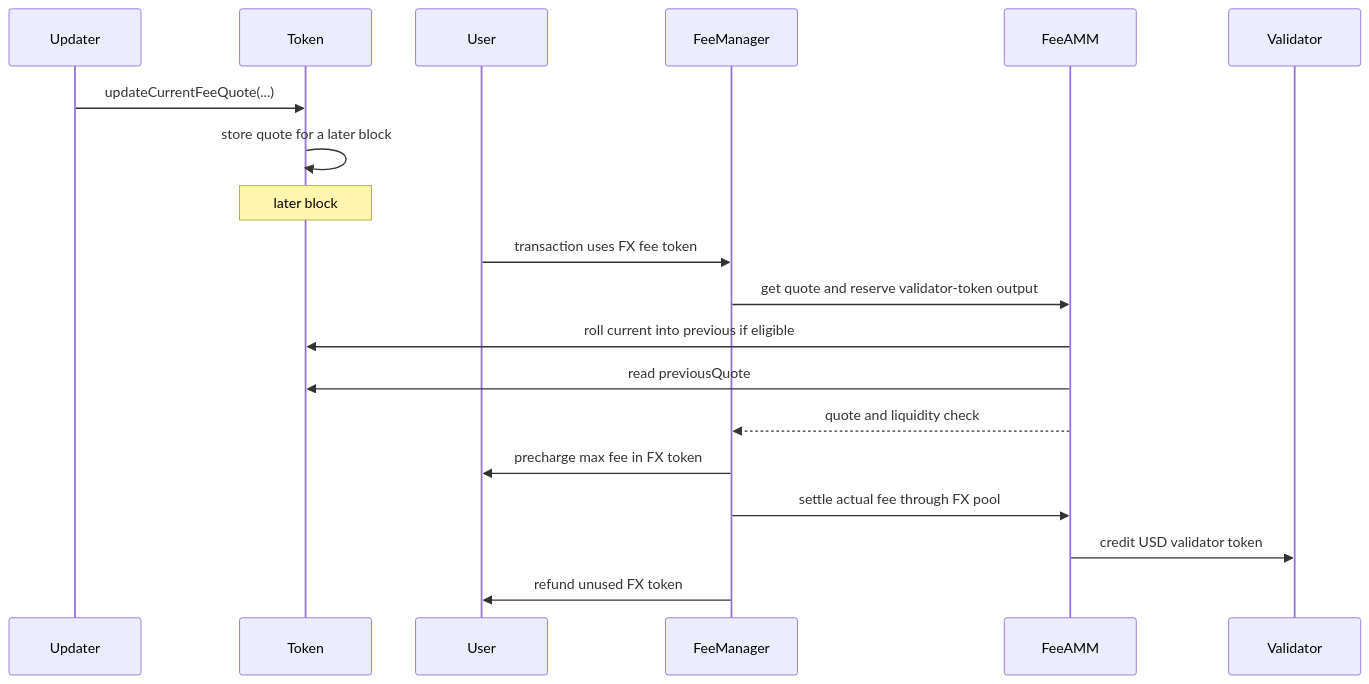
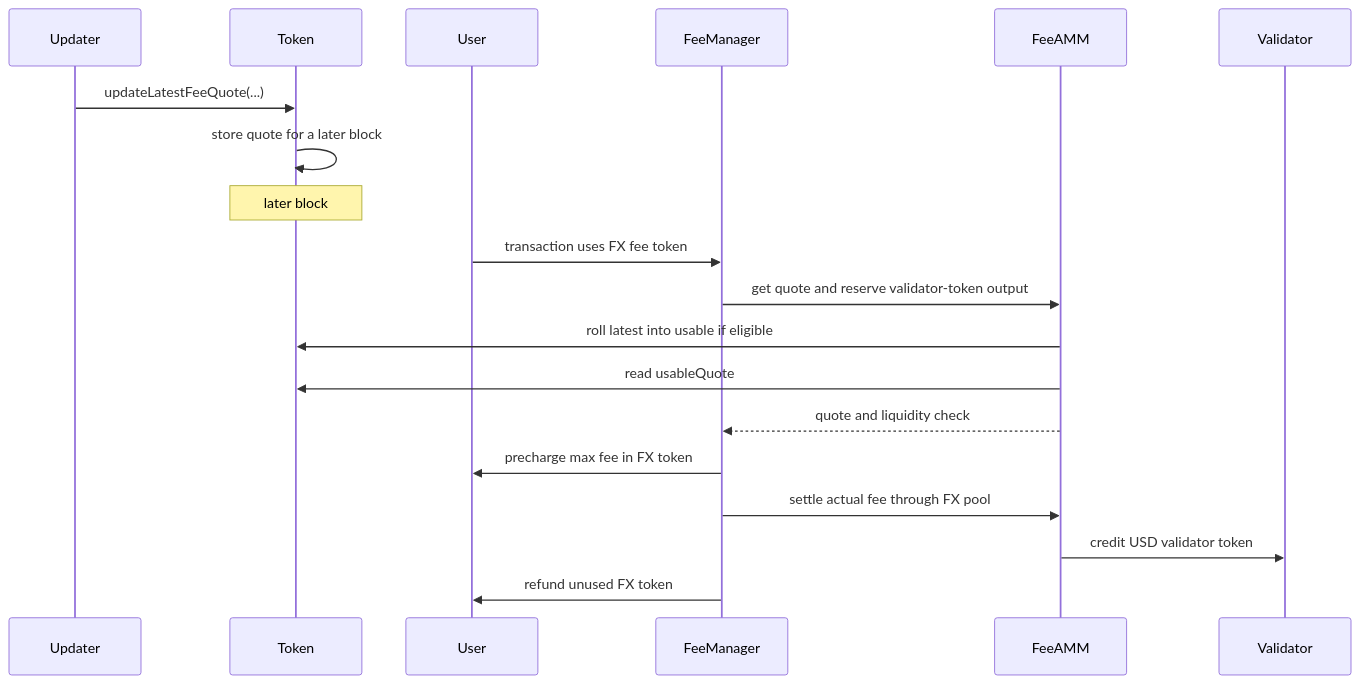
Before and after one commit to tempoxyz/tempo: the diagram in tips/tip-1054.md, drawn with Mermaid. The commit also changed other lines of this file, not shown here.

Commit message:
docs(tip-1054): clarify FX quote policy

````diff
--- a/tips/tip-1054.md
+++ b/tips/tip-1054.md
@@ -39,22 +37,22 @@
 ```mermaid
 sequenceDiagram
     participant Updater
     participant Token
     participant User
     participant FeeManager
     participant FeeAMM
     participant Validator
 
-    Updater->>Token: updateCurrentFeeQuote(...)
+    Updater->>Token: updateLatestFeeQuote(...)
     Token->>Token: store quote for a later block
     Note over Token: later block
     User->>FeeManager: transaction uses FX fee token
     FeeManager->>FeeAMM: get quote and reserve validator-token output
-    FeeAMM->>Token: roll current into previous if eligible
-    FeeAMM->>Token: read previousQuote
+    FeeAMM->>Token: roll latest into usable if eligible
+    FeeAMM->>Token: read usableQuote
     FeeAMM-->>FeeManager: quote and liquidity check
     FeeManager->>User: precharge max fee in FX token
     FeeManager->>FeeAMM: settle actual fee through FX pool
     FeeAMM->>Validator: credit USD validator token
     FeeManager->>User: refund unused FX token
 ```
````
